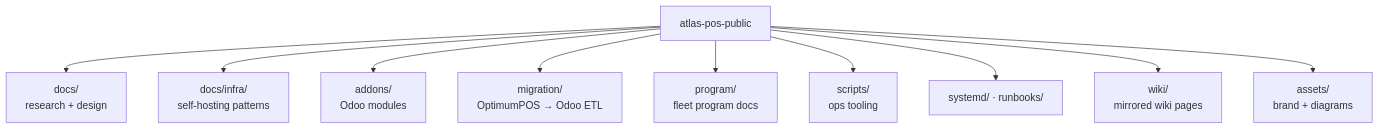
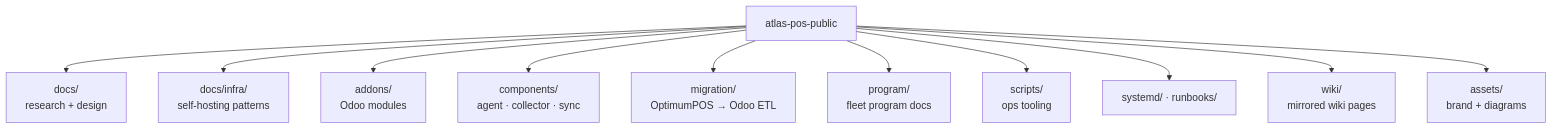
The seventh of 7 diagrams in docs/14-architecture-diagrams.md (atlasshb/atlas-pos-public), drawn with Mermaid before and after one commit. The commit also changed 27 other files, not shown here.

Commit message:
components: add non-Odoo POS stack (terminal agent, fleet collector, kassa->Odoo sync, Windows harness, onboarding, PCI-scan)

````diff
--- a/docs/14-architecture-diagrams.md
+++ b/docs/14-architecture-diagrams.md
@@ -130,13 +130,14 @@
 ```mermaid
 graph TB
     ROOT[atlas-pos-public]
     ROOT --> DOCS[docs/<br/>research + design]
     ROOT --> INFRA[docs/infra/<br/>self-hosting patterns]
     ROOT --> ADDONS[addons/<br/>Odoo modules]
+    ROOT --> COMP[components/<br/>agent · collector · sync]
     ROOT --> MIG[migration/<br/>OptimumPOS → Odoo ETL]
     ROOT --> PROG[program/<br/>fleet program docs]
     ROOT --> SCRIPTS[scripts/<br/>ops tooling]
     ROOT --> SYS[systemd/ · runbooks/]
     ROOT --> WIKI[wiki/<br/>mirrored wiki pages]
     ROOT --> ASSETS[assets/<br/>brand + diagrams]
 ```
````
